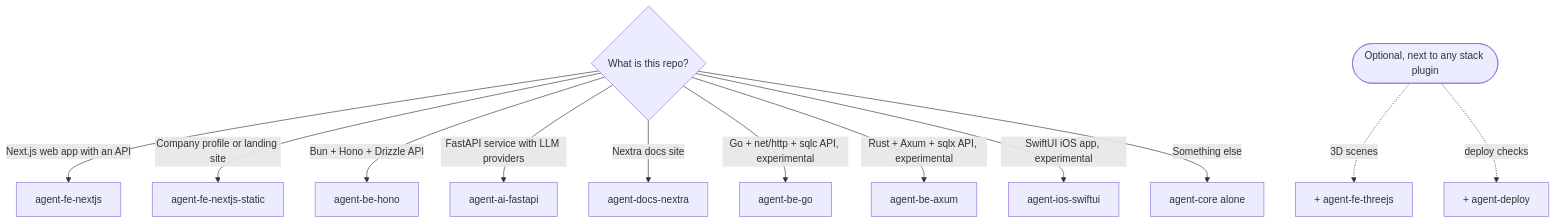
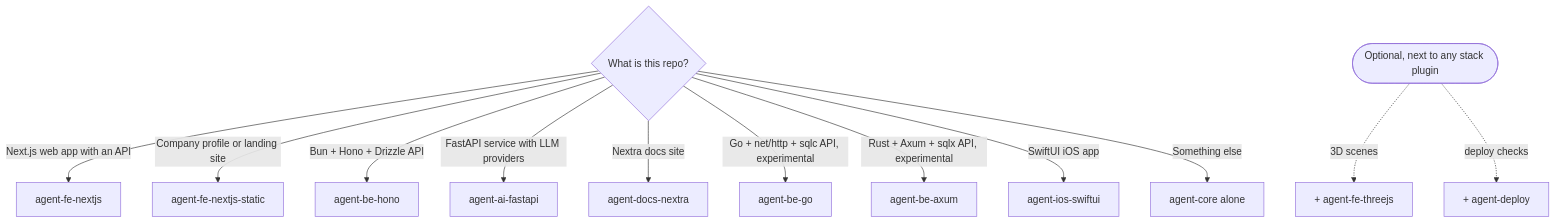
One commit to adhibuchori/agent-config-kit changed the second of 5 diagrams in README.md. Above: the diagram before and after it, drawn with Mermaid. The commit also changed other lines of this file and 22 other files, not shown here.

First line of the commit message:
feat: agent-ios-swiftui 1.0.0, and the iOS gate tests last

````diff
--- a/README.md
+++ b/README.md
@@ -224,17 +224,17 @@
 ```mermaid
 flowchart TD
     accTitle: Which plugin to install
-    accDescr: Start from what your repo is. A Next.js web app with an API uses agent-fe-nextjs. A company profile or landing site uses agent-fe-nextjs-static. A Bun, Hono and Drizzle API uses agent-be-hono. A FastAPI service with LLM providers uses agent-ai-fastapi. A Nextra docs site uses agent-docs-nextra. Experimental: a Go API on net/http and sqlc uses agent-be-go, a Rust API on Axum and sqlx uses agent-be-axum, and a SwiftUI iOS app uses agent-ios-swiftui. Anything else uses agent-core alone. Add agent-fe-threejs for 3D scenes and agent-deploy for deploy checks.
+    accDescr: Start from what your repo is. A Next.js web app with an API uses agent-fe-nextjs. A company profile or landing site uses agent-fe-nextjs-static. A Bun, Hono and Drizzle API uses agent-be-hono. A FastAPI service with LLM providers uses agent-ai-fastapi. A Nextra docs site uses agent-docs-nextra. A SwiftUI iOS app uses agent-ios-swiftui. Experimental: a Go API on net/http and sqlc uses agent-be-go, and a Rust API on Axum and sqlx uses agent-be-axum. Anything else uses agent-core alone. Add agent-fe-threejs for 3D scenes and agent-deploy for deploy checks.
     Q{What is this repo?}
     Q -->|Next.js web app with an API| FE[agent-fe-nextjs]
     Q -->|Company profile or landing site| ST[agent-fe-nextjs-static]
     Q -->|Bun + Hono + Drizzle API| BE[agent-be-hono]
     Q -->|FastAPI service with LLM providers| AI[agent-ai-fastapi]
     Q -->|Nextra docs site| DOCS[agent-docs-nextra]
     Q -->|Go + net/http + sqlc API, experimental| GO[agent-be-go]
     Q -->|Rust + Axum + sqlx API, experimental| RS[agent-be-axum]
-    Q -->|SwiftUI iOS app, experimental| IOS[agent-ios-swiftui]
+    Q -->|SwiftUI iOS app| IOS[agent-ios-swiftui]
     Q -->|Something else| CORE[agent-core alone]
     X([Optional, next to any stack plugin]) -.->|3D scenes| TJ[+ agent-fe-threejs]
     X -.->|deploy checks| DEP[+ agent-deploy]
 ```
````
